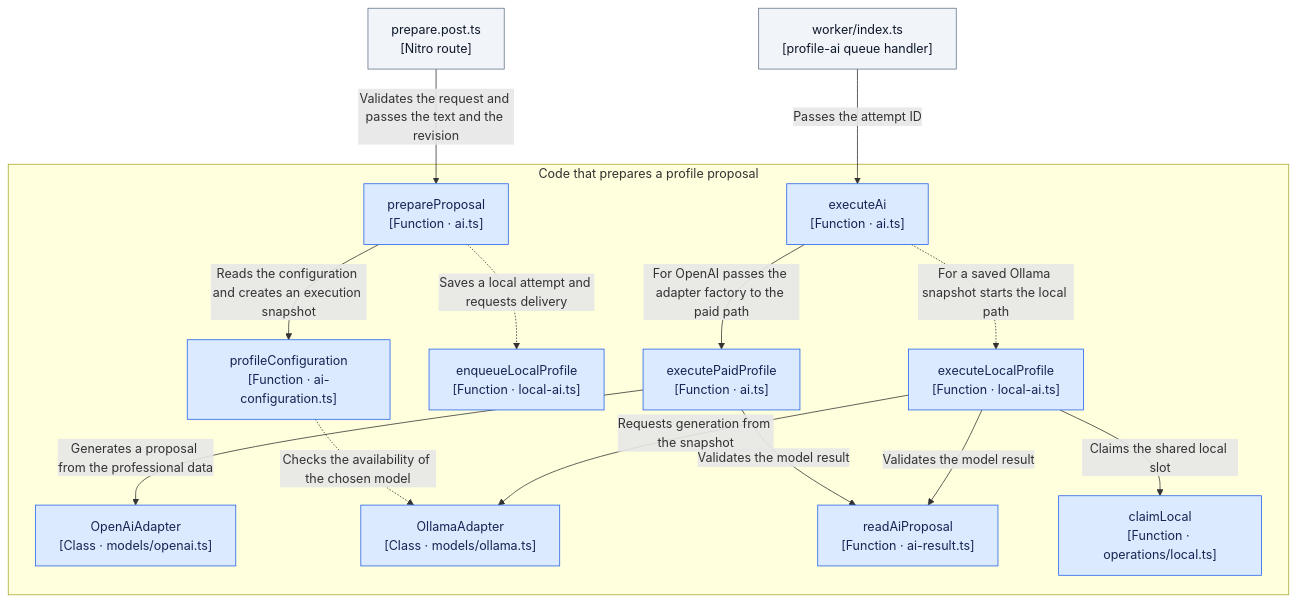
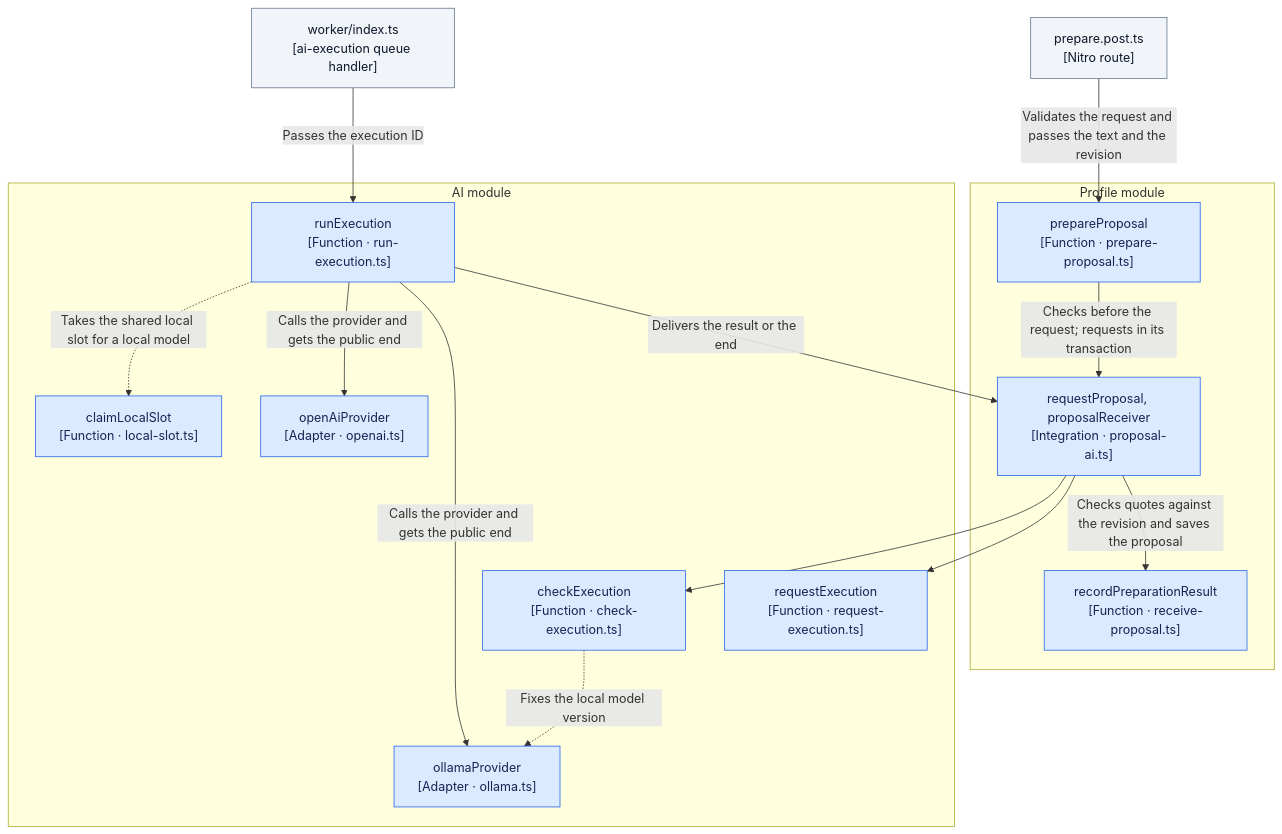
One commit to pioziol123/ofertorix-rekrutus changed the fifth of 5 diagrams in docs/architecture/README.md. Above: the diagram before and after it, drawn with Mermaid. The commit also changed other lines of this file and 3 other files, not shown here.

Commit message:
oferty-pracy-0mq.9: Describe adding an execution path and test the migration of profile AI rows

````diff
--- a/docs/architecture/README.md
+++ b/docs/architecture/README.md
@@ -184,36 +183,37 @@
 ```mermaid
 flowchart TB
   Prepare["prepare.post.ts<br/>[Nitro route]"]
-  Worker["worker/index.ts<br/>[profile-ai queue handler]"]
+  Worker["worker/index.ts<br/>[ai-execution queue handler]"]
 
-  subgraph Proposal["Code that prepares a profile proposal"]
-    Enqueue["prepareProposal<br/>[Function · ai.ts]"]
-    Config["profileConfiguration<br/>[Function · ai-configuration.ts]"]
-    LocalQueue["enqueueLocalProfile<br/>[Function · local-ai.ts]"]
-    Dispatch["executeAi<br/>[Function · ai.ts]"]
-    Paid["executePaidProfile<br/>[Function · ai.ts]"]
-    Local["executeLocalProfile<br/>[Function · local-ai.ts]"]
-    OpenAI["OpenAiAdapter<br/>[Class · models/openai.ts]"]
-    Ollama["OllamaAdapter<br/>[Class · models/ollama.ts]"]
-    Result["readAiProposal<br/>[Function · ai-result.ts]"]
-    Slot["claimLocal<br/>[Function · operations/local.ts]"]
+  subgraph Profile["Profile module"]
+    Enqueue["prepareProposal<br/>[Function · prepare-proposal.ts]"]
+    Integration["requestProposal, proposalReceiver<br/>[Integration · proposal-ai.ts]"]
+    Receive["recordPreparationResult<br/>[Function · receive-proposal.ts]"]
+  end
+
+  subgraph AI["AI module"]
+    Check["checkExecution<br/>[Function · check-execution.ts]"]
+    Request["requestExecution<br/>[Function · request-execution.ts]"]
+    Run["runExecution<br/>[Function · run-execution.ts]"]
+    Slot["claimLocalSlot<br/>[Function · local-slot.ts]"]
+    OpenAI["openAiProvider<br/>[Adapter · openai.ts]"]
+    Ollama["ollamaProvider<br/>[Adapter · ollama.ts]"]
   end
 
   Prepare -->|"Validates the request and passes the text and the revision"| Enqueue
-  Enqueue -->|"Reads the configuration and creates an execution snapshot"| Config
-  Config -.->|"Checks the availability of the chosen model"| Ollama
-  Enqueue -.->|"Saves a local attempt and requests delivery"| LocalQueue
-  Worker -->|"Passes the attempt ID"| Dispatch
-  Dispatch -->|"For OpenAI passes the adapter factory to the paid path"| Paid
-  Dispatch -.->|"For a saved Ollama snapshot starts the local path"| Local
-  Paid -->|"Generates a proposal from the professional data"| OpenAI
-  Paid -->|"Validates the model result"| Result
-  Local -->|"Claims the shared local slot"| Slot
-  Local -->|"Requests generation from the snapshot"| Ollama
-  Local -->|"Validates the model result"| Result
+  Enqueue -->|"Checks before the request; requests in its transaction"| Integration
+  Integration --> Check
+  Integration --> Request
+  Check -.->|"Fixes the local model version"| Ollama
+  Worker -->|"Passes the execution ID"| Run
+  Run -.->|"Takes the shared local slot for a local model"| Slot
+  Run -->|"Calls the provider and gets the public end"| OpenAI
+  Run -->|"Calls the provider and gets the public end"| Ollama
+  Run -->|"Delivers the result or the end"| Integration
+  Integration -->|"Checks quotes against the revision and saves the proposal"| Receive
 
   classDef internal fill:#dbeafe,stroke:#2563eb,color:#172554
   classDef external fill:#f1f5f9,stroke:#64748b,color:#0f172a
-  class Enqueue,Config,LocalQueue,Dispatch,Paid,Local,OpenAI,Ollama,Result,Slot internal
+  class Enqueue,Integration,Receive,Check,Request,Run,Slot,OpenAI,Ollama internal
   class Prepare,Worker external
 ```
````
